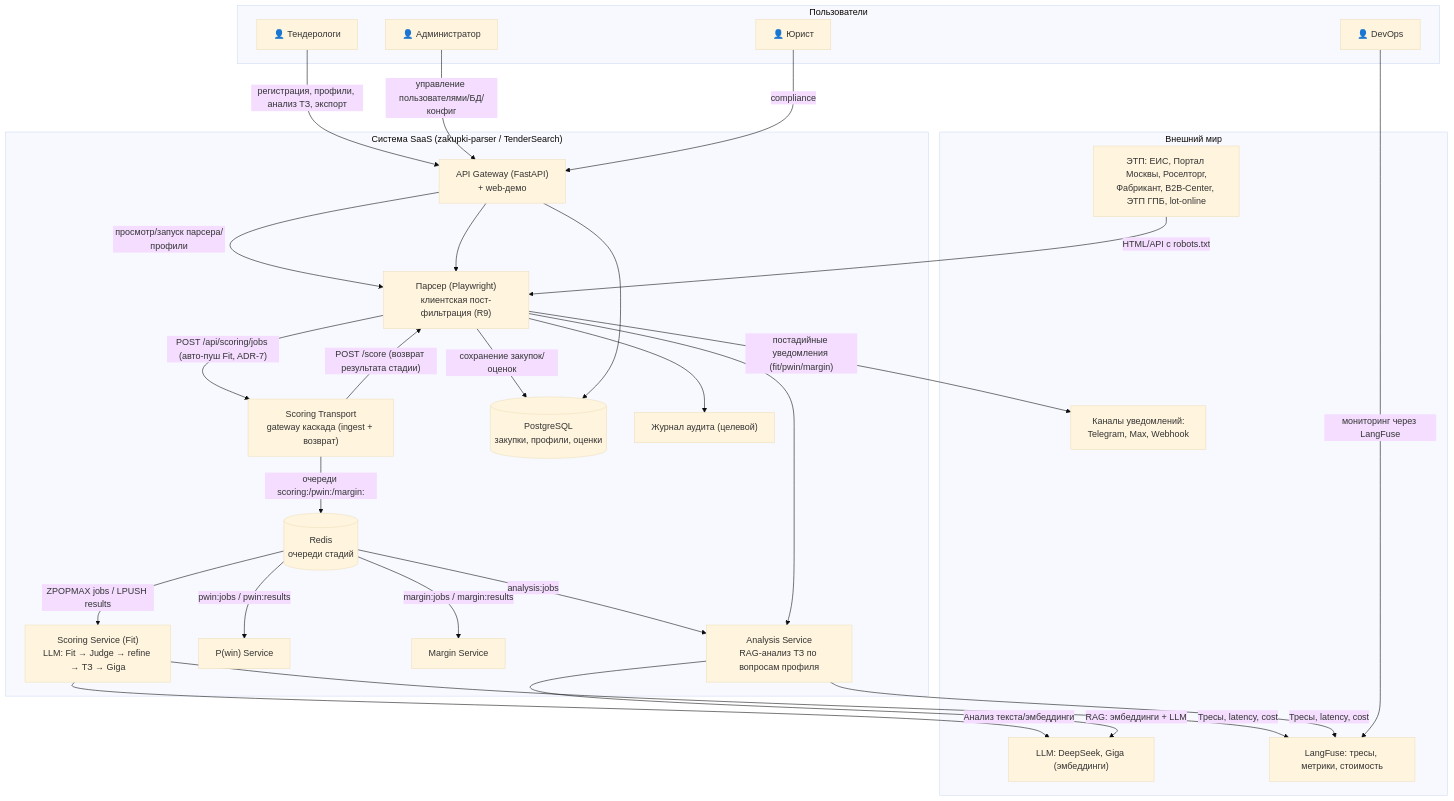
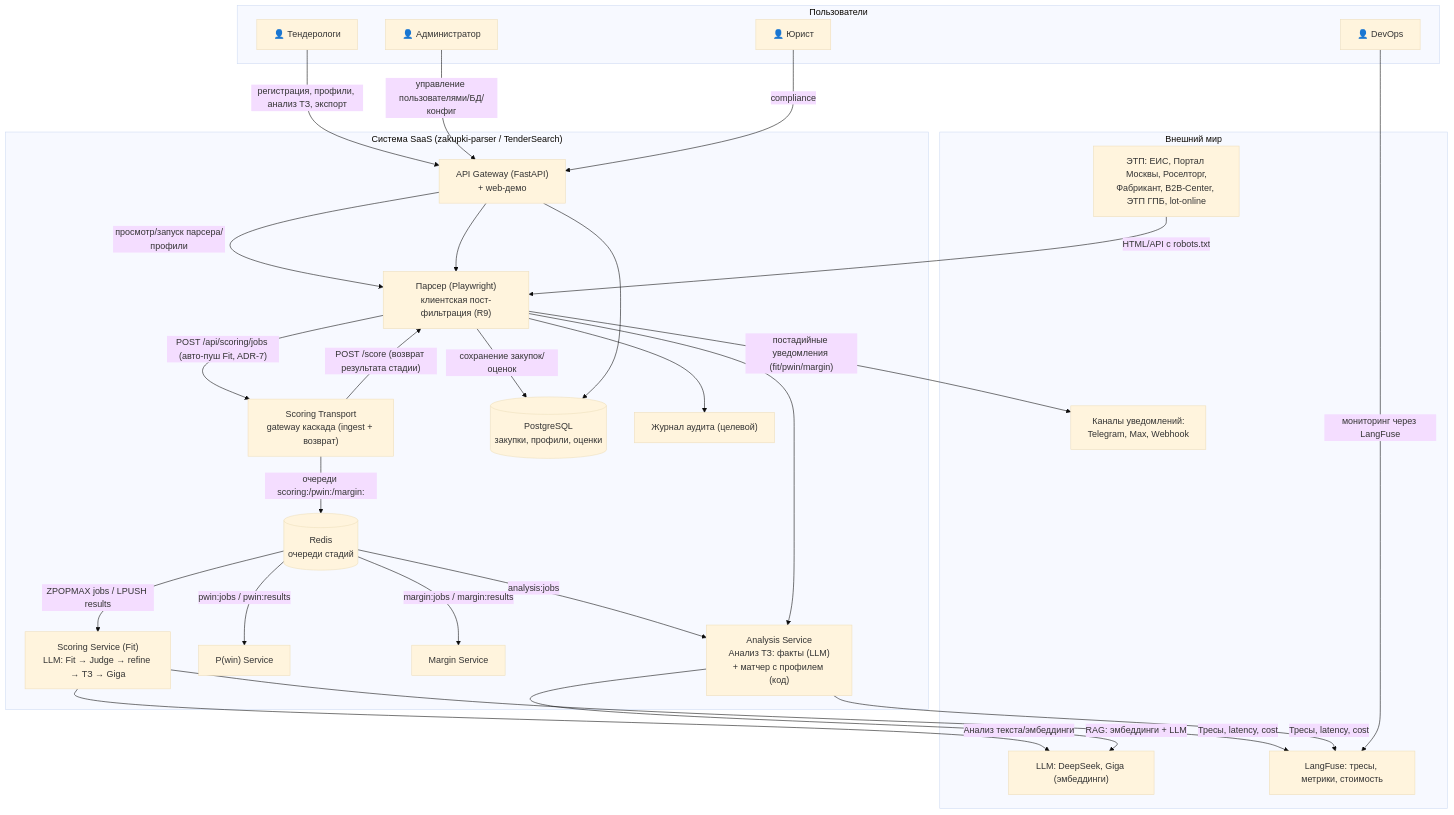
The diagram in docs/system_analysis/05_Diagrams/01_context_diagram.md (igorvolk1961/zakupki_parser), drawn with Mermaid (base theme) before and after one commit. The commit also changed other lines of this file and 19 other files, not shown here.

````diff
--- a/docs/system_analysis/05_Diagrams/01_context_diagram.md
+++ b/docs/system_analysis/05_Diagrams/01_context_diagram.md
@@ -7,56 +7,56 @@
 ```mermaid
 graph TD
     subgraph External["Внешний мир"]
         ETP["ЭТП: ЕИС, Портал Москвы, Роселторг,<br>Фабрикант, B2B-Center, ЭТП ГПБ, lot-online"]
         LLM["LLM: DeepSeek, Giga (эмбеддинги)"]
         NOTIFY["Каналы уведомлений:<br>Telegram, Max, Webhook"]
         OBS["LangFuse: тресы, метрики, стоимость"]
     end
 
     subgraph Users["Пользователи"]
         TS["👤 Тендерологи"]
         ADM["👤 Администратор"]
         DEV["👤 DevOps"]
         LAW["👤 Юрист"]
     end
 
     subgraph System["Система SaaS (zakupki-parser / TenderSearch)"]
         API["API Gateway (FastAPI)<br>+ web-демо"]
         PARSER["Парсер (Playwright)<br>клиентская пост-фильтрация (R9)"]
         TR["Scoring Transport<br>gateway каскада (ingest + возврат)"]
         RS[("Redis<br>очереди стадий")]
         SF["Scoring Service (Fit)<br>LLM: Fit → Judge → refine → ТЗ → Giga"]
         SP["P(win) Service"]
         SM["Margin Service"]
-        ANALYSIS["Analysis Service<br>RAG-анализ ТЗ по вопросам профиля"]
+        ANALYSIS["Analysis Service<br>Анализ ТЗ: факты (LLM)<br>+ матчер с профилем (код)"]
         DB[("PostgreSQL<br>закупки, профили, оценки")]
         AUDIT["Журнал аудита (целевой)"]
     end
 
     ETP -->|"HTML/API с robots.txt"| PARSER
     PARSER -->|"POST /api/scoring/jobs (авто-пуш Fit, ADR-7)"| TR
     TR -->|"очереди scoring:/pwin:/margin:"| RS
     RS -->|"ZPOPMAX jobs / LPUSH results"| SF
     RS -->|"pwin:jobs / pwin:results"| SP
     RS -->|"margin:jobs / margin:results"| SM
     RS -->|"analysis:jobs"| ANALYSIS
     SF -->|"Анализ текста/эмбеддинги"| LLM
     ANALYSIS -->|"RAG: эмбеддинги + LLM"| LLM
     SF -->|"Тресы, latency, cost"| OBS
     ANALYSIS -->|"Тресы, latency, cost"| OBS
     TR -->|"POST /score (возврат результата стадии)"| PARSER
 
     PARSER -->|"сохранение закупок/оценок"| DB
     API --> DB
     PARSER -->|"постадийные уведомления (fit/pwin/margin)"| NOTIFY
     API -->|"просмотр/запуск парсера/профили"| PARSER
 
     TS -->|"регистрация, профили, анализ ТЗ, экспорт"| API
     ADM -->|"управление пользователями/БД/конфиг"| API
     DEV -->|"мониторинг через LangFuse"| OBS
     LAW -->|"compliance"| API
 
     API --> PARSER
     PARSER --> ANALYSIS
     PARSER --> AUDIT
 ```
````
